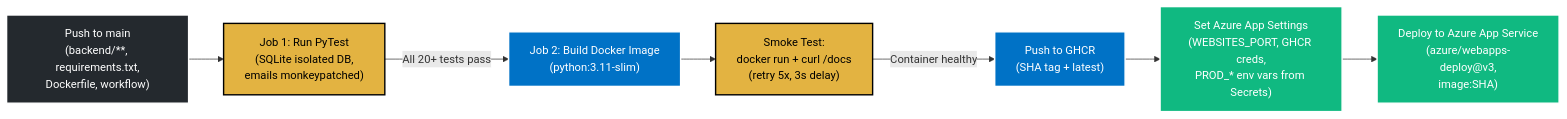
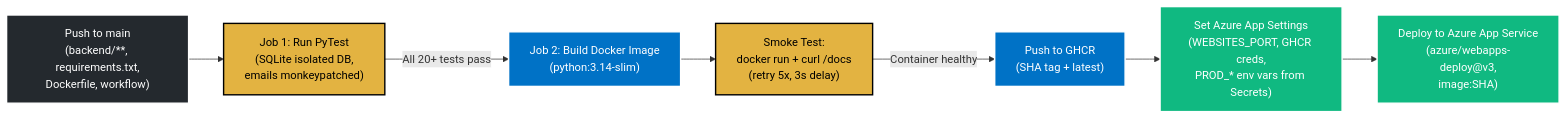
Before and after one commit to Dhruv-Puri/2nd-year-Internship: the sixth of 7 diagrams in docs/design_doc.md, drawn with Mermaid. The commit also changed other lines of this file, not shown here.

````diff
--- a/docs/design_doc.md
+++ b/docs/design_doc.md
@@ -338,15 +338,15 @@
 ```mermaid
 graph LR
     classDef git fill:#24292e,stroke:#fff,stroke-width:2px,color:#fff;
     classDef test fill:#e3b341,stroke:#000,stroke-width:2px,color:#000;
     classDef build fill:#0072C6,stroke:#fff,stroke-width:2px,color:#fff;
     classDef deploy fill:#10b981,stroke:#fff,stroke-width:2px,color:#fff;
 
     Push["Push to main<br/>(backend/**, requirements.txt,<br/>Dockerfile, workflow)"]:::git
     Push --> Test["Job 1: Run PyTest<br/>(SQLite isolated DB,<br/>emails monkeypatched)"]:::test
-    Test -->|"All 20+ tests pass"| Build["Job 2: Build Docker Image<br/>(python:3.11-slim)"]:::build
+    Test -->|"All 20+ tests pass"| Build["Job 2: Build Docker Image<br/>(python:3.14-slim)"]:::build
     Build --> Smoke["Smoke Test:<br/>docker run + curl /docs<br/>(retry 5x, 3s delay)"]:::test
     Smoke -->|"Container healthy"| PushGHCR["Push to GHCR<br/>(SHA tag + latest)"]:::build
     PushGHCR --> Settings["Set Azure App Settings<br/>(WEBSITES_PORT, GHCR creds,<br/>PROD_* env vars from Secrets)"]:::deploy
     Settings --> Deploy["Deploy to Azure App Service<br/>(azure/webapps-deploy@v3,<br/>image:SHA)"]:::deploy
 ```
````
